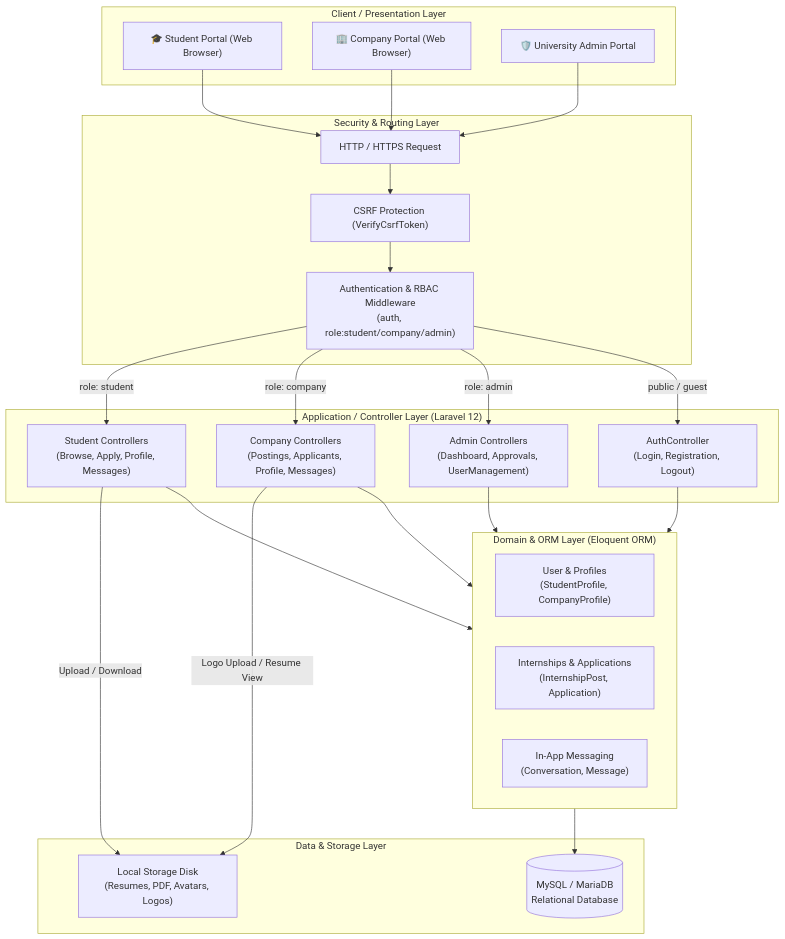
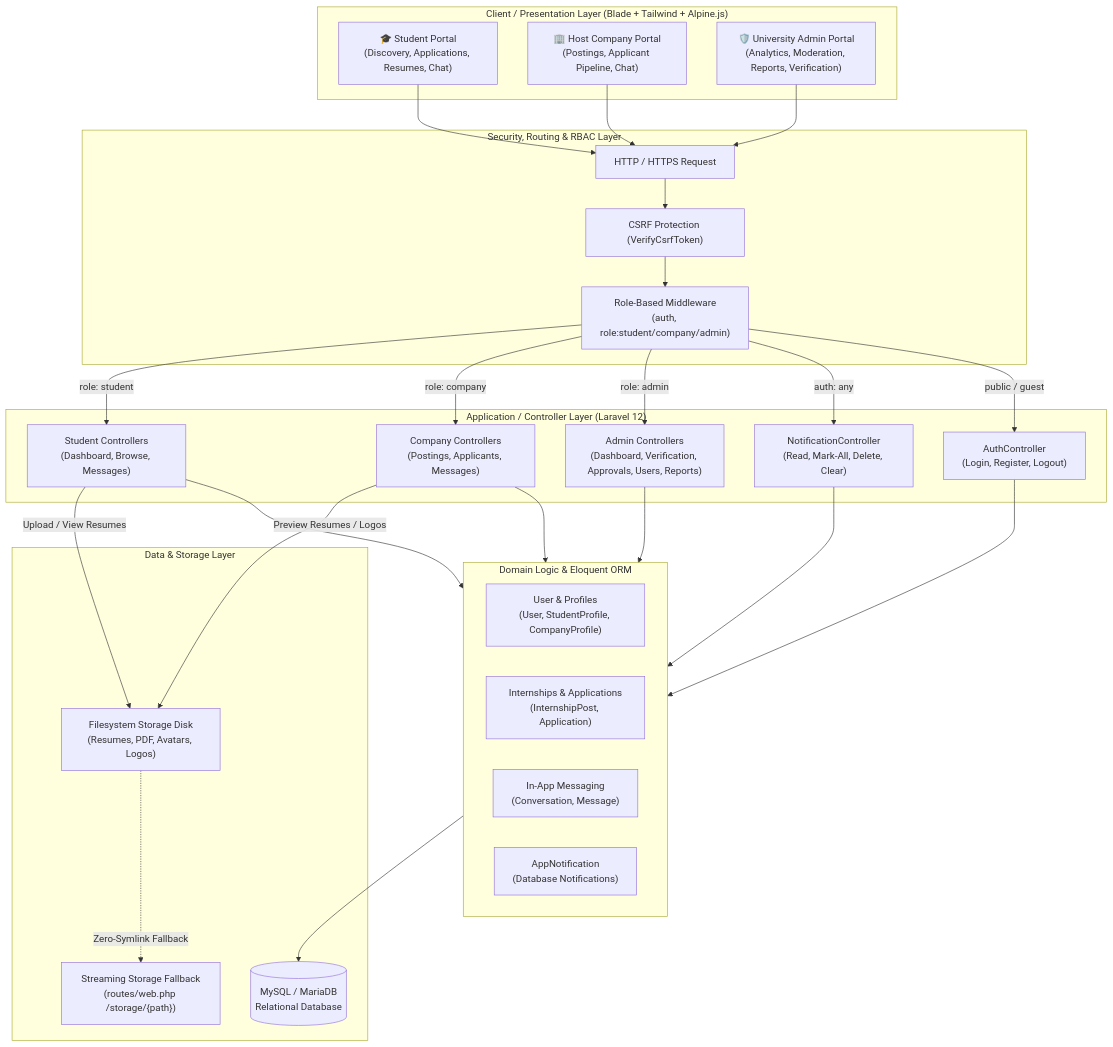
One commit to thonpheara/InternshipMS changed the first of 2 diagrams in README.md. Above: the diagram before and after it, drawn with Mermaid. The commit also changed other lines of this file and 1 other file, not shown here.

````diff
--- a/README.md
+++ b/README.md
@@ -56,53 +94,59 @@
 ```mermaid
 flowchart TD
-    subgraph ClientLayer ["Client / Presentation Layer"]
-        A1["🎓 Student Portal (Web Browser)"]
-        A2["🏢 Company Portal (Web Browser)"]
-        A3["🛡️ University Admin Portal"]
+    subgraph ClientLayer ["Client / Presentation Layer (Blade + Tailwind + Alpine.js)"]
+        A1["🎓 Student Portal<br/>(Discovery, Applications, Resumes, Chat)"]
+        A2["🏢 Host Company Portal<br/>(Postings, Applicant Pipeline, Chat)"]
+        A3["🛡️ University Admin Portal<br/>(Analytics, Moderation, Reports, Verification)"]
     end
 
-    subgraph SecurityLayer ["Security & Routing Layer"]
+    subgraph SecurityLayer ["Security, Routing & RBAC Layer"]
         B1["HTTP / HTTPS Request"]
         B2["CSRF Protection (VerifyCsrfToken)"]
-        B3["Authentication & RBAC Middleware<br/>(auth, role:student/company/admin)"]
+        B3["Role-Based Middleware<br/>(auth, role:student/company/admin)"]
     end
 
     subgraph ControllerLayer ["Application / Controller Layer (Laravel 12)"]
-        C1["Student Controllers<br/>(Browse, Apply, Profile, Messages)"]
-        C2["Company Controllers<br/>(Postings, Applicants, Profile, Messages)"]
-        C3["Admin Controllers<br/>(Dashboard, Approvals, UserManagement)"]
-        C4["AuthController<br/>(Login, Registration, Logout)"]
+        C1["Student Controllers<br/>(Dashboard, Browse, Messages)"]
+        C2["Company Controllers<br/>(Postings, Applicants, Messages)"]
+        C3["Admin Controllers<br/>(Dashboard, Verification, Approvals, Users, Reports)"]
+        C4["NotificationController<br/>(Read, Mark-All, Delete, Clear)"]
+        C5["AuthController<br/>(Login, Register, Logout)"]
     end
 
-    subgraph DomainLayer ["Domain & ORM Layer (Eloquent ORM)"]
-        D1["User & Profiles<br/>(StudentProfile, CompanyProfile)"]
+    subgraph DomainLayer ["Domain Logic & Eloquent ORM"]
+        D1["User & Profiles<br/>(User, StudentProfile, CompanyProfile)"]
         D2["Internships & Applications<br/>(InternshipPost, Application)"]
         D3["In-App Messaging<br/>(Conversation, Message)"]
+        D4["AppNotification<br/>(Database Notifications)"]
     end
 
     subgraph DataLayer ["Data & Storage Layer"]
         E1[("MySQL / MariaDB<br/>Relational Database")]
-        E2["Local Storage Disk<br/>(Resumes, PDF, Avatars, Logos)"]
+        E2["Filesystem Storage Disk<br/>(Resumes, PDF, Avatars, Logos)"]
+        E3["Streaming Storage Fallback<br/>(routes/web.php /storage/{path})"]
     end
 
     A1 --> B1
     A2 --> B1
     A3 --> B1
 
     B1 --> B2
     B2 --> B3
 
     B3 -->|role: student| C1
     B3 -->|role: company| C2
     B3 -->|role: admin| C3
-    B3 -->|public / guest| C4
+    B3 -->|auth: any| C4
+    B3 -->|public / guest| C5
 
     C1 --> DomainLayer
     C2 --> DomainLayer
     C3 --> DomainLayer
     C4 --> DomainLayer
+    C5 --> DomainLayer
 
     DomainLayer --> E1
-    C1 -->|Upload / Download| E2
-    C2 -->|Logo Upload / Resume View| E2
+    C1 -->|Upload / View Resumes| E2
+    C2 -->|Preview Resumes / Logos| E2
+    E2 -.->|Zero-Symlink Fallback| E3
 ```
````
